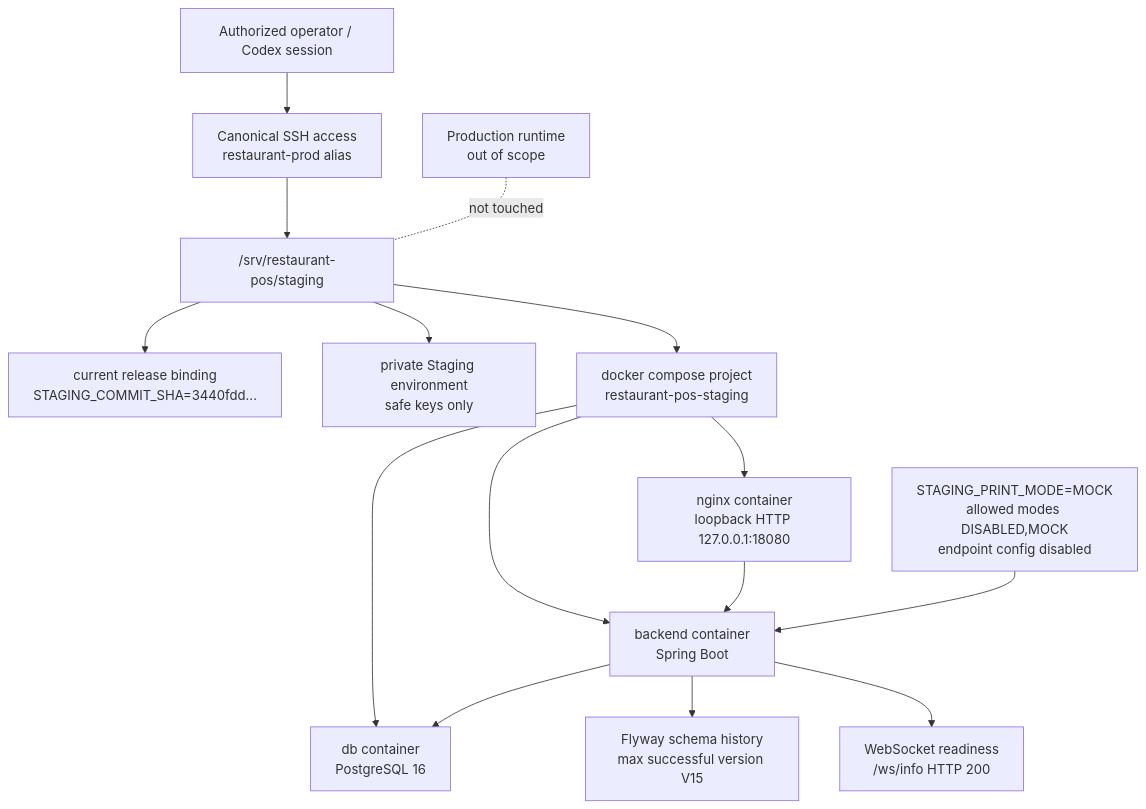
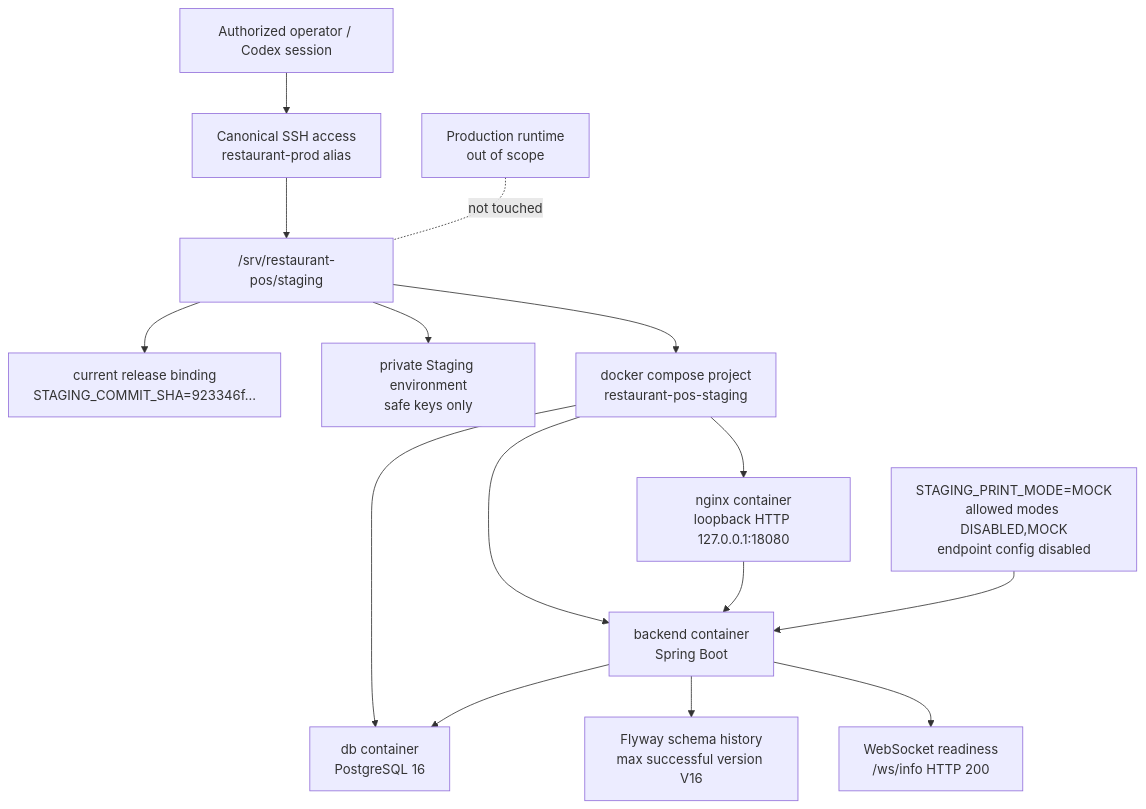
One commit to Z1linXu/Restaurant_System changed the diagram in docs/architecture/current-staging/07_DEPLOYMENT_ARCHITECTURE.md. Above: the diagram before and after it, drawn with Mermaid. The commit also changed other lines of this file and 45 other files, not shown here.

````diff
--- a/docs/architecture/current-staging/07_DEPLOYMENT_ARCHITECTURE.md
+++ b/docs/architecture/current-staging/07_DEPLOYMENT_ARCHITECTURE.md
@@ -23,19 +23,19 @@
 ```mermaid
 flowchart TB
     operator["Authorized operator / Codex session"] --> ssh["Canonical SSH access<br/>restaurant-prod alias"]
     ssh --> root["/srv/restaurant-pos/staging"]
-    root --> current["current release binding<br/>STAGING_COMMIT_SHA=3440fdd..."]
+    root --> current["current release binding<br/>STAGING_COMMIT_SHA=923346f..."]
     root --> env["private Staging environment<br/>safe keys only"]
     root --> compose["docker compose project<br/>restaurant-pos-staging"]
 
     compose --> nginx["nginx container<br/>loopback HTTP 127.0.0.1:18080"]
     compose --> backend["backend container<br/>Spring Boot"]
     compose --> db["db container<br/>PostgreSQL 16"]
     nginx --> backend
     backend --> db
-    backend --> flyway["Flyway schema history<br/>max successful version V15"]
+    backend --> flyway["Flyway schema history<br/>max successful version V16"]
     backend --> ws["WebSocket readiness<br/>/ws/info HTTP 200"]
 
     printEnv["STAGING_PRINT_MODE=MOCK<br/>allowed modes DISABLED,MOCK<br/>endpoint config disabled"] --> backend
     prod["Production runtime<br/>out of scope"] -. "not touched" .- root
 ```
````
